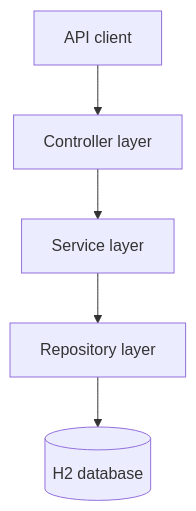
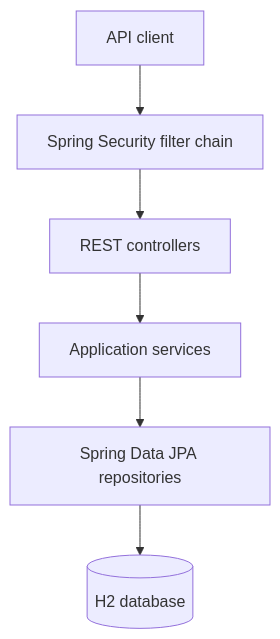
Before and after one commit to MetaAJ/banking-system: the first of 2 diagrams in docs/ARCHITECTURE.md, drawn with Mermaid. The commit also changed other lines of this file and 3 other files, not shown here.

````diff
--- a/docs/ARCHITECTURE.md
+++ b/docs/ARCHITECTURE.md
@@ -5,7 +5,8 @@
 ```mermaid
 flowchart TD
-    Client[API client] --> Controller[Controller layer]
-    Controller --> Service[Service layer]
-    Service --> Repository[Repository layer]
-    Repository --> Database[(H2 database)]
+    Client[API client] --> Security[Spring Security filter chain]
+    Security --> Controller[REST controllers]
+    Controller --> Service[Application services]
+    Service --> Repository[Spring Data JPA repositories]
+    Repository --> DB[(H2 database)]
 ```
````
